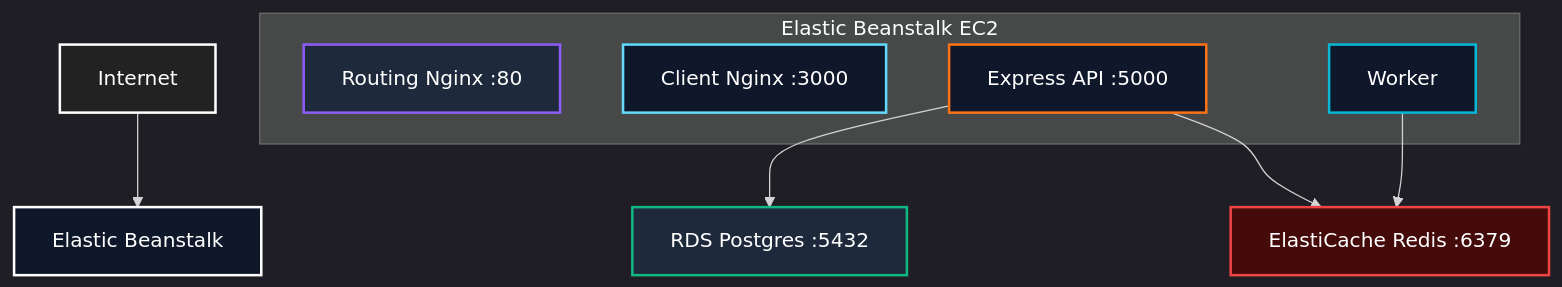
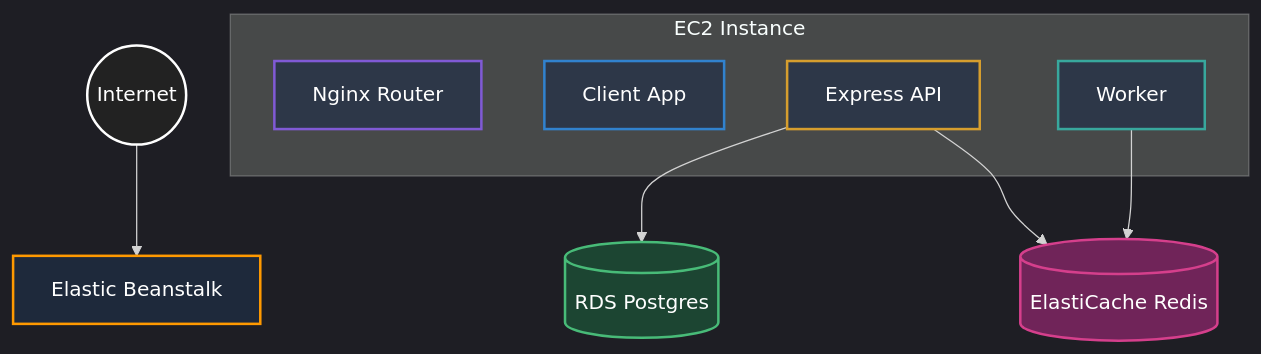
One commit to vikas9dev/multi-container-compute-hub changed the second of 2 diagrams in README.md. Above: the diagram before and after it, drawn with Mermaid. The commit also changed other lines of this file and 1 other file, not shown here.

````diff
--- a/README.md
+++ b/README.md
@@ -43,26 +108,24 @@
 ```mermaid
-%%{init: {'theme': 'dark'}}%%
+%%{init: {'theme': 'dark', 'themeVariables': { 'primaryColor': '#FF9900'}}}%%
 graph TD
-  Internet[Internet] --> EB[Elastic Beanstalk]
+  Internet((Internet)) --> EB[Elastic Beanstalk]
+  subgraph EC2[EC2 Instance]
+    RN[Nginx Router]
+    CN[Client App]
+    SRV[Express API]
+    WRK[Worker]
+  end
+  SRV --> RDS[(RDS Postgres)]
+  SRV --> EC[(ElastiCache Redis)]
+  WRK --> EC
 
-  subgraph EB_EC2[Elastic Beanstalk EC2]
-    RN[Routing Nginx :80]
-    CN[Client Nginx :3000]
-    API[Express API :5000]
-    W[Worker]
-  end
-
-  API --> RDS[RDS Postgres :5432]
-  API --> EC[ElastiCache Redis :6379]
-  W --> EC
-
-  %% High-contrast styles for dark backgrounds
+  %% AWS Themed Colors
   style Internet fill:#222,stroke:#fff,stroke-width:2px,color:#fff
-  style EB fill:#0f172a,stroke:#fff,stroke-width:2px,color:#fff
-  style RN fill:#1e293b,stroke:#8b5cf6,stroke-width:2px,color:#fff
-  style CN fill:#0f172a,stroke:#61dafb,stroke-width:2px,color:#fff
-  style API fill:#0f172a,stroke:#f97316,stroke-width:2px,color:#fff
-  style W fill:#0f172a,stroke:#06b6d4,stroke-width:2px,color:#fff
-  style RDS fill:#1e293b,stroke:#10b981,stroke-width:2px,color:#fff
-  style EC fill:#450a0a,stroke:#ef4444,stroke-width:2px,color:#fff
+  style EB fill:#1e293b,stroke:#FF9900,stroke-width:2px,color:#fff
+  style RN fill:#2d3748,stroke:#805ad5,stroke-width:2px,color:#fff
+  style CN fill:#2d3748,stroke:#3182ce,stroke-width:2px,color:#fff
+  style SRV fill:#2d3748,stroke:#d69e2e,stroke-width:2px,color:#fff
+  style WRK fill:#2d3748,stroke:#38a89d,stroke-width:2px,color:#fff
+  style RDS fill:#1c4532,stroke:#48bb78,stroke-width:2px,color:#fff
+  style EC fill:#702459,stroke:#d53f8c,stroke-width:2px,color:#fff
 ```
````
